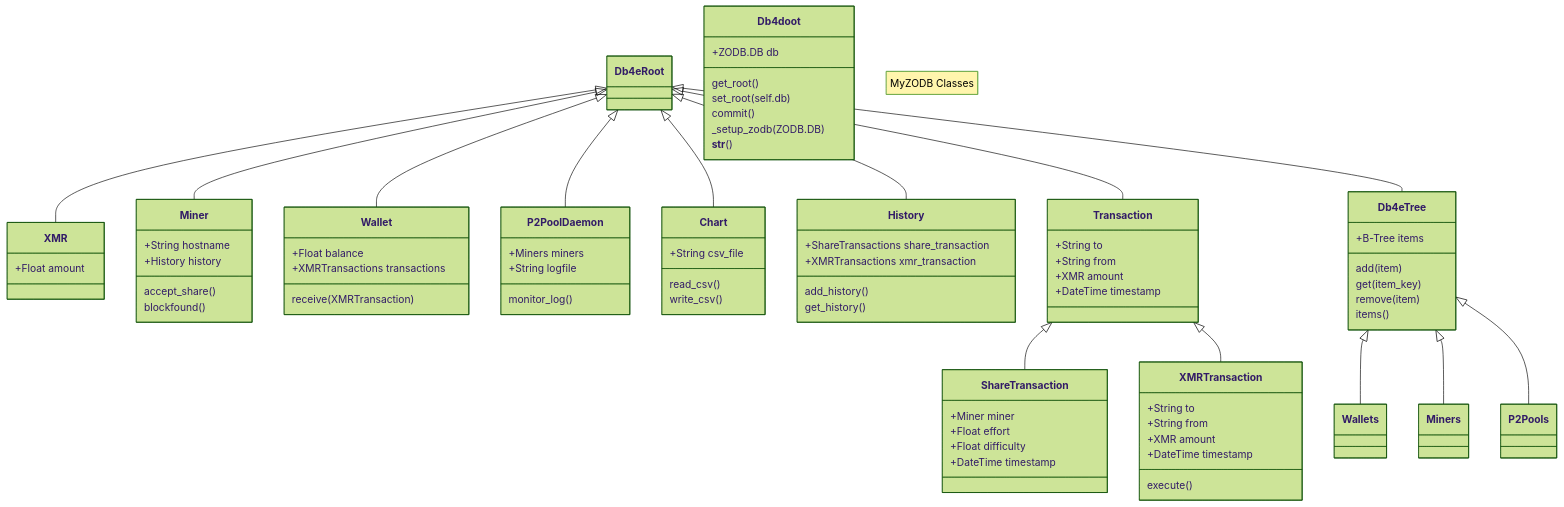
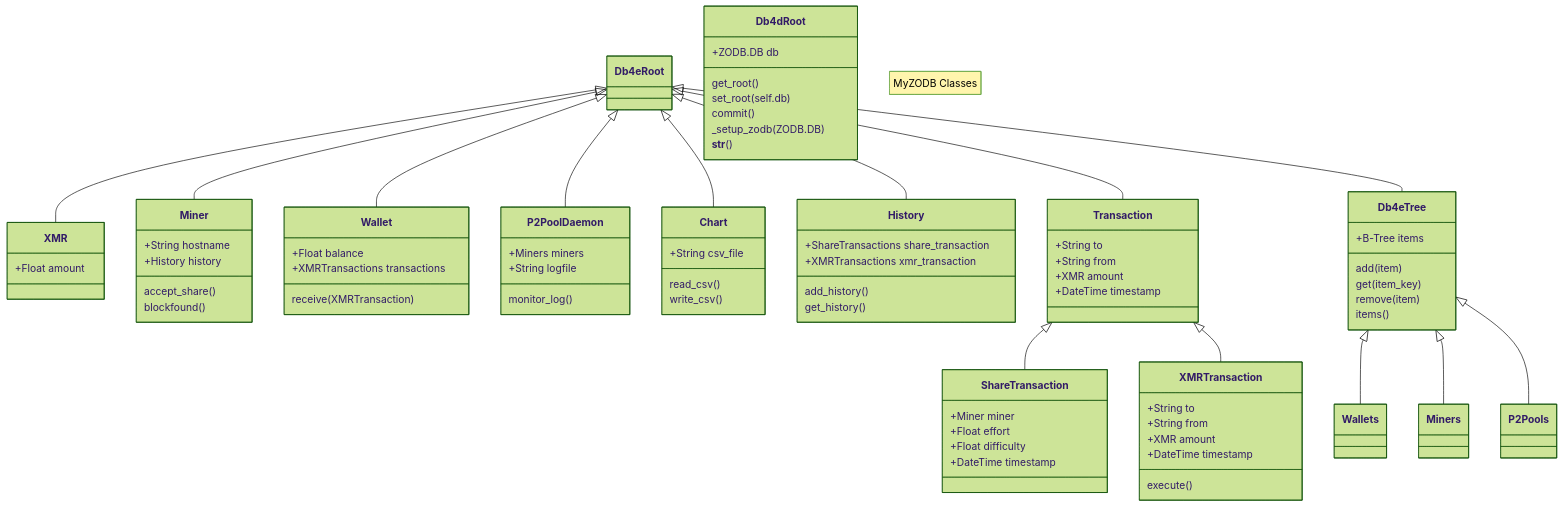
One commit to NadimGhaznavi/myzodb changed the diagram in _posts/2024-06-02-Class-Hierarchy.md. Above: the diagram before and after it, drawn with Mermaid (forest theme).

```diff
--- a/_posts/2024-06-02-Class-Hierarchy.md
+++ b/_posts/2024-06-02-Class-Hierarchy.md
@@ -53,7 +53,7 @@
       accept_share()
       blockfound()
     }
-    class Db4doot{
+    class Db4dRoot{
       +ZODB.DB db
       get_root()
       set_root(self.db)
```
